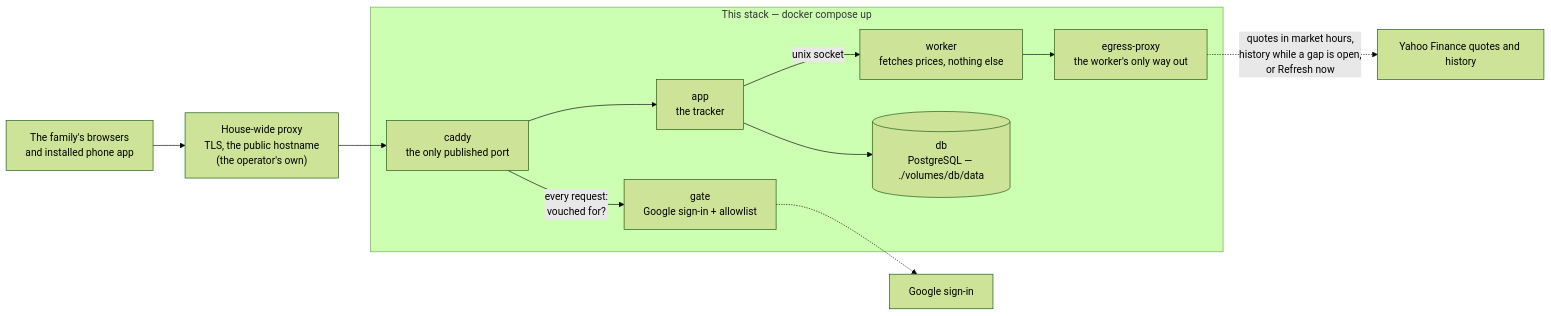
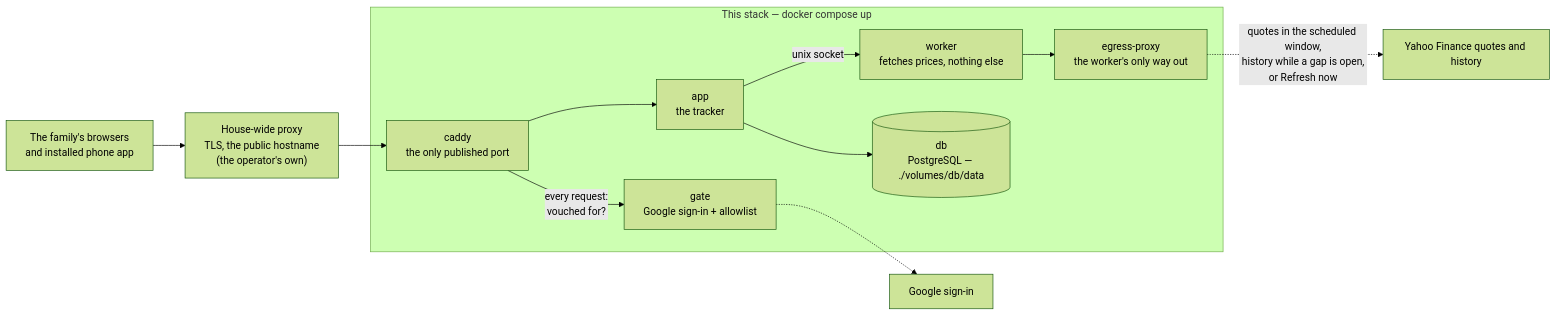
One commit to chethan123/portfolio changed the diagram in README.md. Above: the diagram before and after it, drawn with Mermaid (forest theme). The commit also changed other lines of this file and 14 other files, not shown here.

First line of the commit message:
Pad scheduled quote window ±15 minutes; use in poller, update docs/UI and tests (#277)

````diff
--- a/README.md
+++ b/README.md
@@ -556,26 +556,26 @@
 ```mermaid
 graph LR
     browser["The family's browsers<br/>and installed phone app"]
     house["House-wide proxy<br/>TLS, the public hostname<br/>(the operator's own)"]
 
     subgraph stack["This stack — docker compose up"]
         caddy["caddy<br/>the only published port"]
         gate["gate<br/>Google sign-in + allowlist"]
         app["app<br/>the tracker"]
         worker["worker<br/>fetches prices, nothing else"]
         egressProxy["egress-proxy<br/>the worker's only way out"]
         db[("db<br/>PostgreSQL — ./volumes/db/data")]
     end
 
     google["Google sign-in"]
     yahoo["Yahoo Finance quotes and history"]
 
     browser --> house --> caddy
     caddy -->|"every request:<br/>vouched for?"| gate
     caddy --> app
     gate -.-> google
     app --> db
     app -->|unix socket| worker
     worker --> egressProxy
-    egressProxy -.->|quotes in market hours,<br/>history while a gap is open,<br/>or Refresh now| yahoo
+    egressProxy -.->|quotes in the scheduled window,<br/>history while a gap is open,<br/>or Refresh now| yahoo
 ```
````
